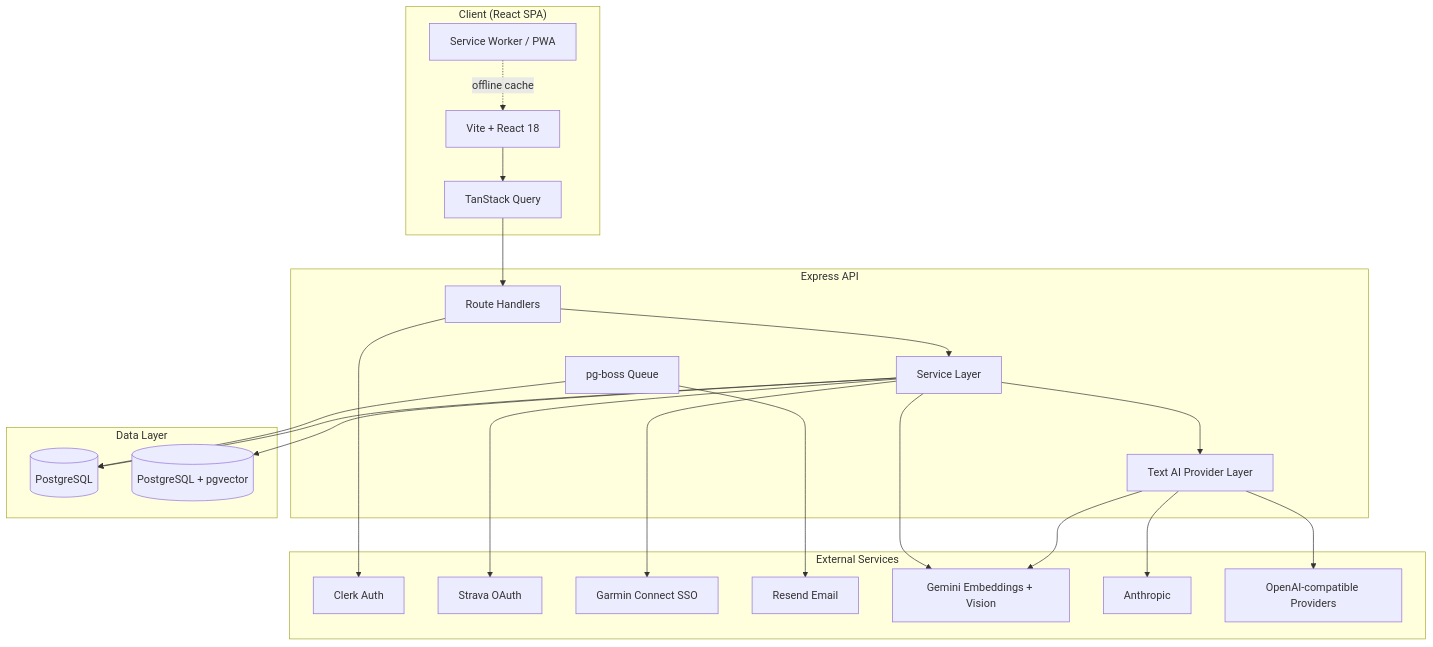
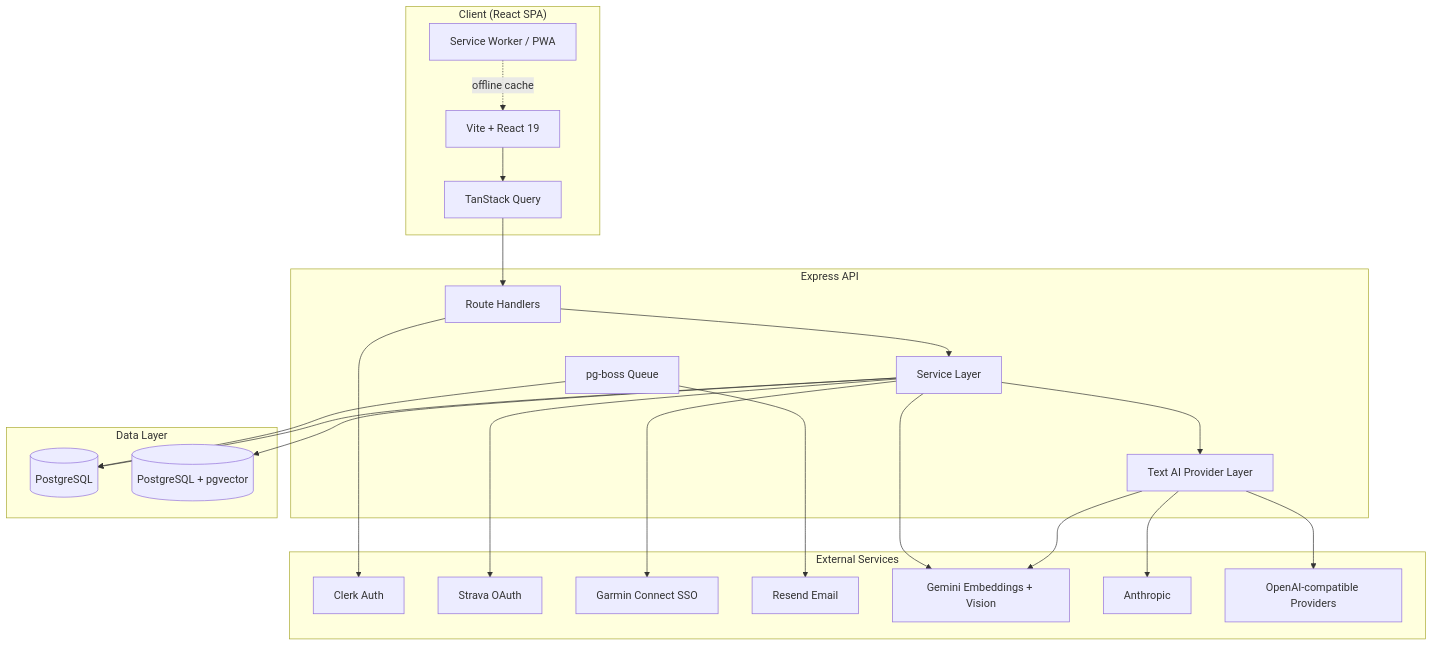
Before and after one commit to daler91/Hyrox-Companion: the first of 2 diagrams in README.md, drawn with Mermaid. The commit also changed other lines of this file and 8 other files, not shown here.

````diff
--- a/README.md
+++ b/README.md
@@ -147,46 +147,46 @@
 ```mermaid
 flowchart TB
     subgraph Client["Client (React SPA)"]
-        UI["Vite + React 18"]
+        UI["Vite + React 19"]
         TQ["TanStack Query"]
         SW["Service Worker / PWA"]
     end
 
     subgraph Server["Express API"]
         API["Route Handlers"]
         Services["Service Layer"]
         TextAI["Text AI Provider Layer"]
         Queue["pg-boss Queue"]
     end
 
     subgraph Data["Data Layer"]
         PG[("PostgreSQL")]
         PGV[("PostgreSQL + pgvector")]
     end
 
     subgraph External["External Services"]
         Clerk["Clerk Auth"]
         Strava["Strava OAuth"]
         Garmin["Garmin Connect SSO"]
         Resend["Resend Email"]
         Gemini["Gemini Embeddings + Vision"]
         Anthropic["Anthropic"]
         OpenAICompatible["OpenAI-compatible Providers"]
     end
 
     UI --> TQ --> API
     SW -. "offline cache" .-> UI
     API --> Services
     Services --> PG
     Services --> PGV
     Services --> TextAI
     TextAI --> Gemini
     TextAI --> Anthropic
     TextAI --> OpenAICompatible
     Services --> Gemini
     API --> Clerk
     Services --> Strava
     Services --> Garmin
     Queue --> Resend
     Queue --> PG
 ```
````
